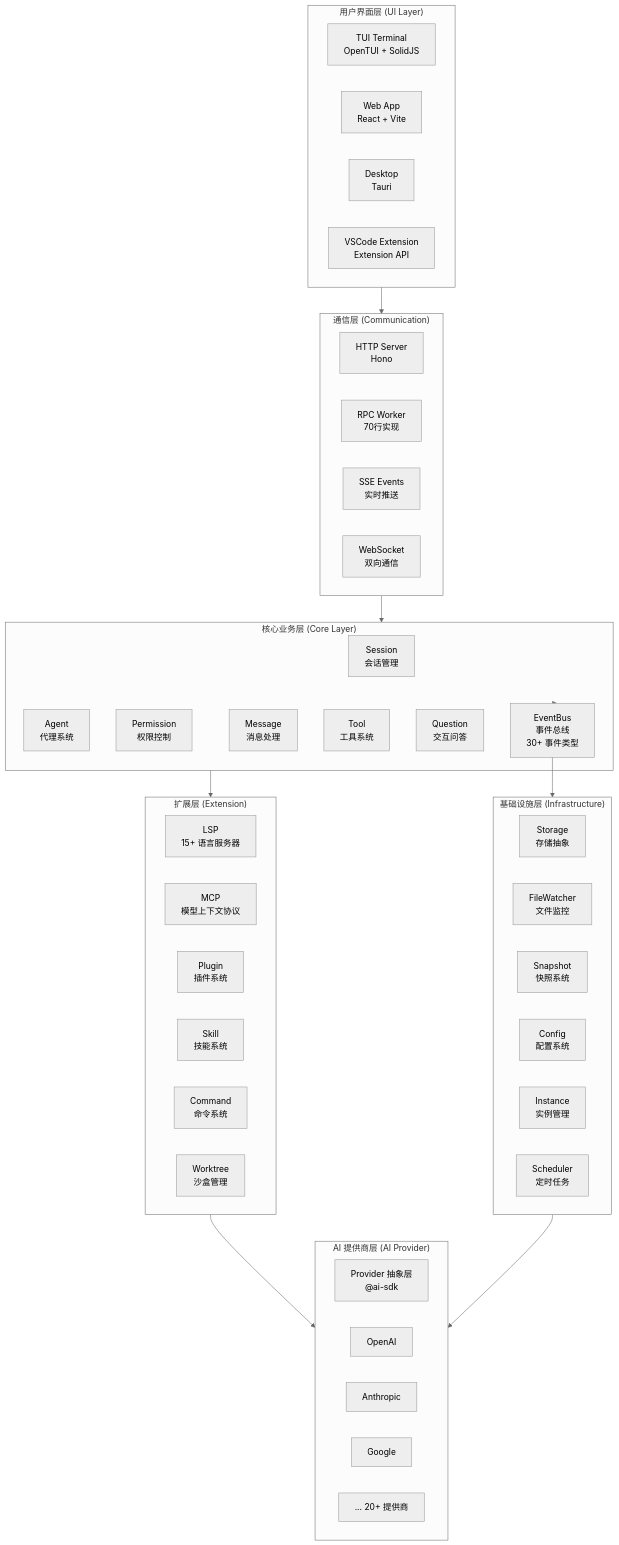
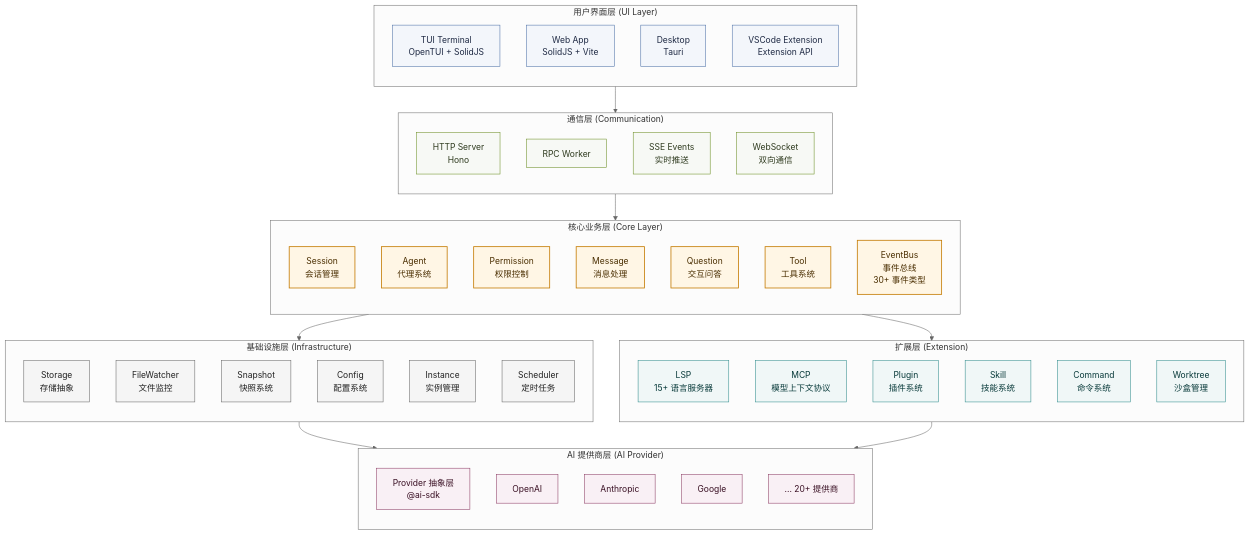
One commit to HelloGGX/opencode changed the first of 4 diagrams in docs/book/chapters/01-foundation/00-architecture.md. Above: the diagram before and after it, drawn with Mermaid (neutral theme). The commit also changed other lines of this file and 1 other file, not shown here.

Commit message:
add architecture

````diff
--- a/docs/book/chapters/01-foundation/00-architecture.md
+++ b/docs/book/chapters/01-foundation/00-architecture.md
@@ -11,60 +371,81 @@
 ```mermaid
 graph TB
-    subgraph UI["用户界面层 (UI Layer)"]
-        TUI[TUI Terminal<br/>OpenTUI + SolidJS]
-        WebApp[Web App<br/>React + Vite]
-        Desktop[Desktop<br/>Tauri]
-        VSCode[VSCode Extension<br/>Extension API]
-    end
-    
-    subgraph Comm["通信层 (Communication)"]
-        HTTP[HTTP Server<br/>Hono]
-        RPC[RPC Worker<br/>70行实现]
-        SSE[SSE Events<br/>实时推送]
-        WS[WebSocket<br/>双向通信]
-    end
-    
-    subgraph Core["核心业务层 (Core Layer)"]
-        Session[Session<br/>会话管理]
-        Agent[Agent<br/>代理系统]
-        Permission[Permission<br/>权限控制]
-        EventBus[EventBus<br/>事件总线<br/>30+ 事件类型]
-        Message[Message<br/>消息处理]
-        Tool[Tool<br/>工具系统]
-        Question[Question<br/>交互问答]
-    end
-    
-    subgraph Infra["基础设施层 (Infrastructure)"]
-        Storage[Storage<br/>存储抽象]
-        FileWatch[FileWatcher<br/>文件监控]
-        Snapshot[Snapshot<br/>快照系统]
-        Config[Config<br/>配置系统]
-        Instance[Instance<br/>实例管理]
-        Scheduler[Scheduler<br/>定时任务]
-    end
-    
-    subgraph Ext["扩展层 (Extension)"]
-        LSP[LSP<br/>15+ 语言服务器]
-        MCP[MCP<br/>模型上下文协议]
-        Plugin[Plugin<br/>插件系统]
-        Skill[Skill<br/>技能系统]
-        Command[Command<br/>命令系统]
-        Worktree[Worktree<br/>沙盒管理]
-    end
-    
-    subgraph AI["AI 提供商层 (AI Provider)"]
-        Provider[Provider 抽象层<br/>@ai-sdk]
-        OpenAI[OpenAI]
-        Anthropic[Anthropic]
-        Google[Google]
-        Others[... 20+ 提供商]
-    end
-    
-    UI --> Comm
-    Comm --> Core
-    Core --> EventBus
-    EventBus --> Infra
-    Core --> Ext
-    Ext --> AI
-    Infra --> AI
+
+%% ===== Global Compact Style =====
+classDef ui fill:#F3F6FB,stroke:#4A6FA5,color:#1F2A44
+classDef comm fill:#F7F9F5,stroke:#6B8E23,color:#2F3B1F
+classDef core fill:#FFF6E5,stroke:#C47A00,stroke-width:1.5px,color:#4A2E00
+classDef infra fill:#F5F5F5,stroke:#666666,color:#222222
+classDef ext fill:#F0F7F7,stroke:#2E8B8B,color:#083A3A
+classDef ai fill:#F9F0F5,stroke:#8B3A62,color:#3A1024
+
+%% ================= UI =================
+subgraph UI["用户界面层 (UI Layer)"]
+    direction TB
+    TUI[TUI Terminal<br/>OpenTUI + SolidJS]:::ui
+    WebApp[Web App<br/>SolidJS + Vite]:::ui
+    Desktop[Desktop<br/>Tauri]:::ui
+    VSCode[VSCode Extension<br/>Extension API]:::ui
+end
+
+%% ================= Comm =================
+subgraph Comm["通信层 (Communication)"]
+    direction TB
+    HTTP[HTTP Server<br/>Hono]:::comm
+    RPC[RPC Worker]:::comm
+    SSE[SSE Events<br/>实时推送]:::comm
+    WS[WebSocket<br/>双向通信]:::comm
+end
+
+%% ================= Core =================
+subgraph Core["核心业务层 (Core Layer)"]
+    direction TB
+    Session[Session<br/>会话管理]:::core
+    Agent[Agent<br/>代理系统]:::core
+    Permission[Permission<br/>权限控制]:::core
+    Message[Message<br/>消息处理]:::core
+    Question[Question<br/>交互问答]:::core
+    Tool[Tool<br/>工具系统]:::core
+    EventBus[EventBus<br/>事件总线<br/>30+ 事件类型]:::core
+end
+
+%% ================= Infra =================
+subgraph Infra["基础设施层 (Infrastructure)"]
+    direction TB
+    Storage[Storage<br/>存储抽象]:::infra
+    FileWatch[FileWatcher<br/>文件监控]:::infra
+    Snapshot[Snapshot<br/>快照系统]:::infra
+    Config[Config<br/>配置系统]:::infra
+    Instance[Instance<br/>实例管理]:::infra
+    Scheduler[Scheduler<br/>定时任务]:::infra
+end
+
+%% ================= Ext =================
+subgraph Ext["扩展层 (Extension)"]
+    direction TB
+    LSP[LSP<br/>15+ 语言服务器]:::ext
+    MCP[MCP<br/>模型上下文协议]:::ext
+    Plugin[Plugin<br/>插件系统]:::ext
+    Skill[Skill<br/>技能系统]:::ext
+    Command[Command<br/>命令系统]:::ext
+    Worktree[Worktree<br/>沙盒管理]:::ext
+end
+
+%% ================= AI =================
+subgraph AI["AI 提供商层 (AI Provider)"]
+    direction TB
+    Provider[Provider 抽象层<br/>@ai-sdk]:::ai
+    OpenAI[OpenAI]:::ai
+    Anthropic[Anthropic]:::ai
+    Google[Google]:::ai
+    Others[... 20+ 提供商]:::ai
+end
+
+%% ================= Relations =================
+UI --> Comm --> Core
+Core --> Infra
+Core --> Ext
+Infra --> AI
+Ext --> AI
+
 ```
````
